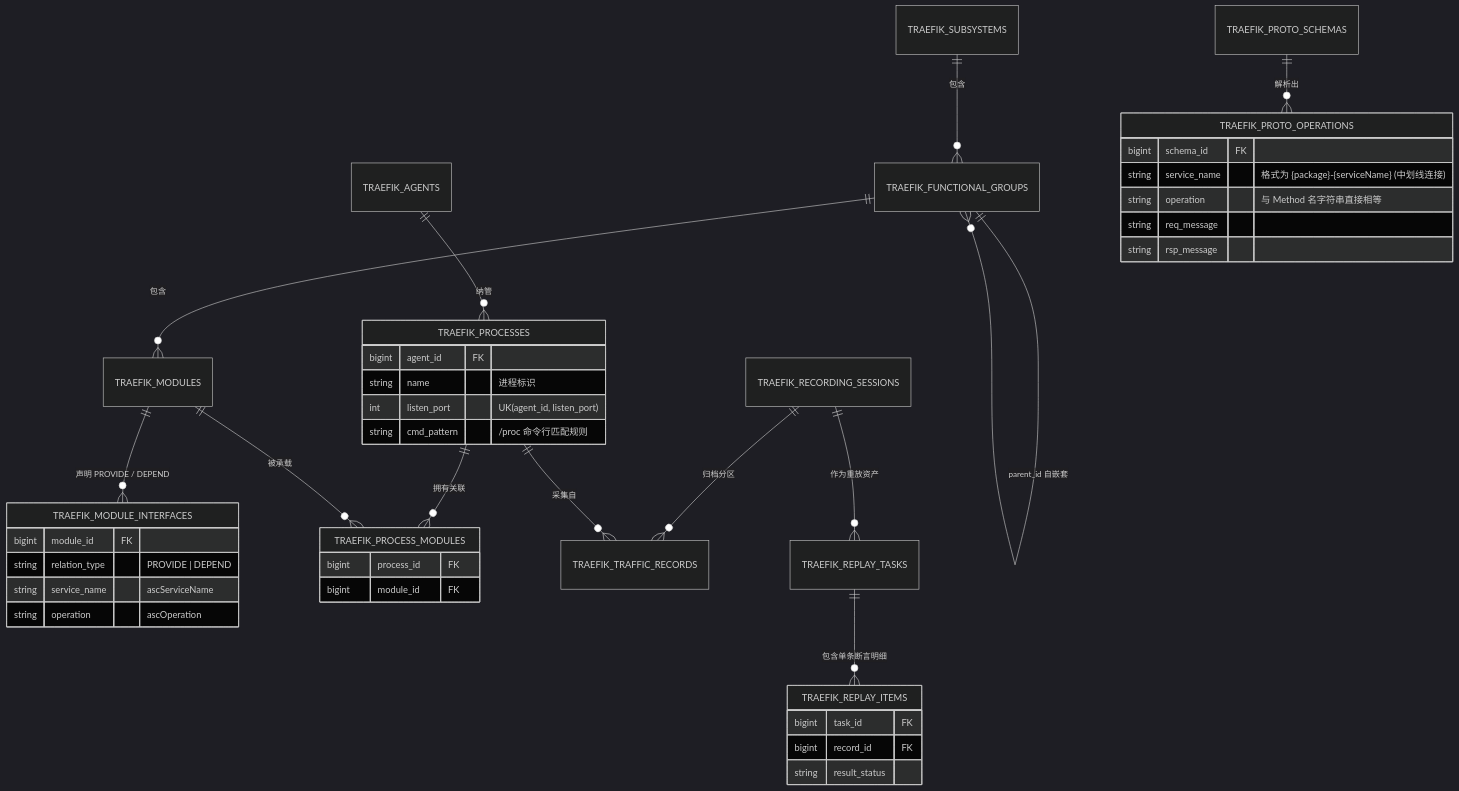
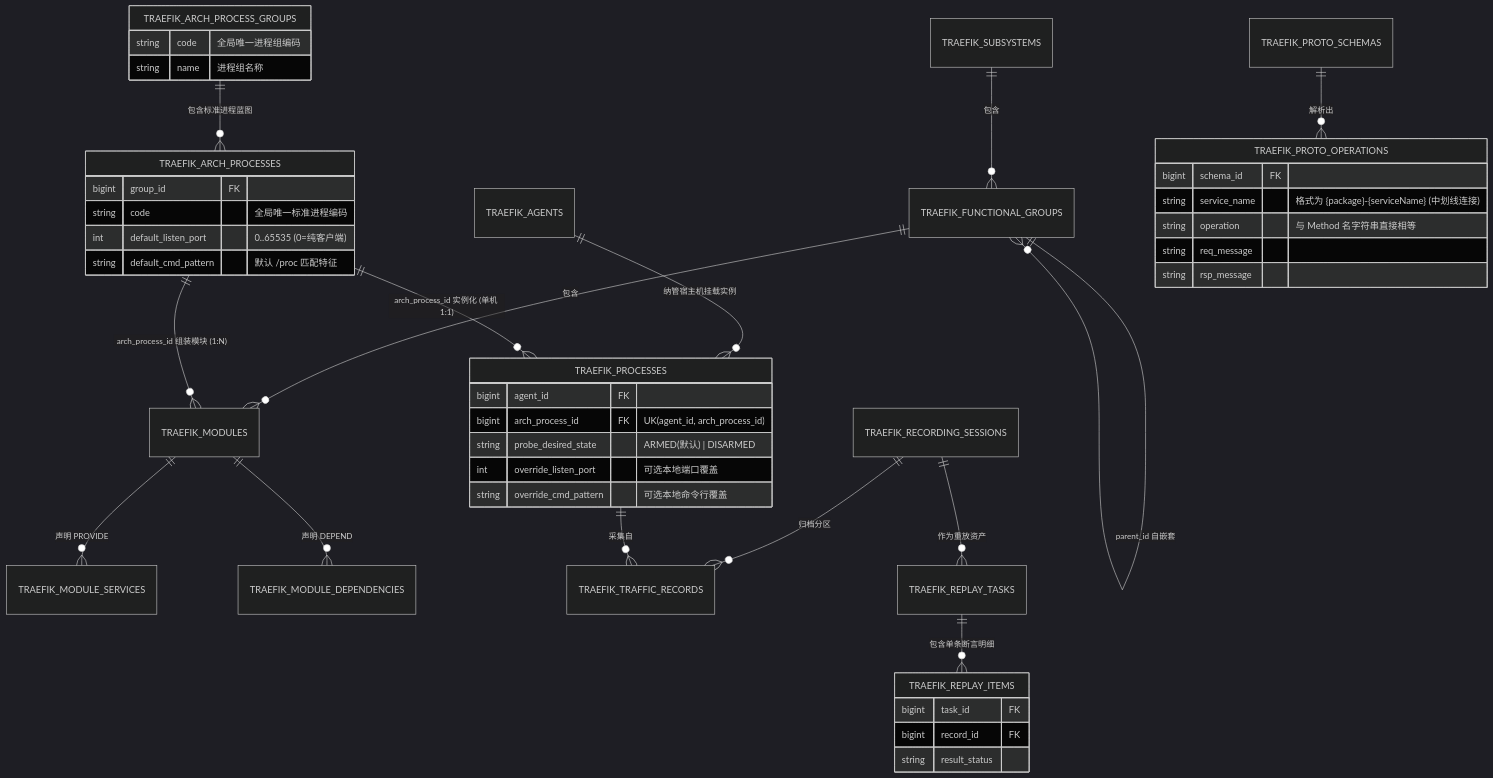
The second of 2 diagrams in docs/01-features/01-feature-matrix.md (fugui/code-traefik), drawn with Mermaid (dark theme) before and after one commit. The commit also changed other lines of this file and 11 other files, not shown here.

Commit message:
docs: 定稿架构物理进程蓝图解耦与eBPF默认自动预挂待命规范并拆解M10作战卡

````diff
--- a/docs/01-features/01-feature-matrix.md
+++ b/docs/01-features/01-feature-matrix.md
@@ -138,44 +139,47 @@
 ```mermaid
 erDiagram
     TRAEFIK_SUBSYSTEMS ||--o{ TRAEFIK_FUNCTIONAL_GROUPS : "包含"
     TRAEFIK_FUNCTIONAL_GROUPS ||--o{ TRAEFIK_FUNCTIONAL_GROUPS : "parent_id 自嵌套"
     TRAEFIK_FUNCTIONAL_GROUPS ||--o{ TRAEFIK_MODULES : "包含"
-    TRAEFIK_MODULES ||--o{ TRAEFIK_MODULE_INTERFACES : "声明 PROVIDE / DEPEND"
-    TRAEFIK_AGENTS ||--o{ TRAEFIK_PROCESSES : "纳管"
-    TRAEFIK_PROCESSES ||--o{ TRAEFIK_PROCESS_MODULES : "拥有关联"
-    TRAEFIK_MODULES ||--o{ TRAEFIK_PROCESS_MODULES : "被承载"
+    TRAEFIK_MODULES ||--o{ TRAEFIK_MODULE_SERVICES : "声明 PROVIDE"
+    TRAEFIK_MODULES ||--o{ TRAEFIK_MODULE_DEPENDENCIES : "声明 DEPEND"
+    TRAEFIK_ARCH_PROCESS_GROUPS ||--o{ TRAEFIK_ARCH_PROCESSES : "包含标准进程蓝图"
+    TRAEFIK_ARCH_PROCESSES ||--o{ TRAEFIK_MODULES : "arch_process_id 组装模块 (1:N)"
+    TRAEFIK_AGENTS ||--o{ TRAEFIK_PROCESSES : "纳管宿主机挂载实例"
+    TRAEFIK_ARCH_PROCESSES ||--o{ TRAEFIK_PROCESSES : "arch_process_id 实例化 (单机 1:1)"
     TRAEFIK_PROTO_SCHEMAS ||--o{ TRAEFIK_PROTO_OPERATIONS : "解析出"
     TRAEFIK_RECORDING_SESSIONS ||--o{ TRAEFIK_TRAFFIC_RECORDS : "归档分区"
     TRAEFIK_PROCESSES ||--o{ TRAEFIK_TRAFFIC_RECORDS : "采集自"
     TRAEFIK_RECORDING_SESSIONS ||--o{ TRAEFIK_REPLAY_TASKS : "作为重放资产"
     TRAEFIK_REPLAY_TASKS ||--o{ TRAEFIK_REPLAY_ITEMS : "包含单条断言明细"
 
-    TRAEFIK_MODULE_INTERFACES {
-        bigint module_id FK
-        string relation_type "PROVIDE | DEPEND"
-        string service_name "ascServiceName"
-        string operation "ascOperation"
+    TRAEFIK_ARCH_PROCESS_GROUPS {
+        string code "全局唯一进程组编码"
+        string name "进程组名称"
+    }
+    TRAEFIK_ARCH_PROCESSES {
+        bigint group_id FK
+        string code "全局唯一标准进程编码"
+        int default_listen_port "0..65535 (0=纯客户端)"
+        string default_cmd_pattern "默认 /proc 匹配特征"
     }
     TRAEFIK_PROCESSES {
         bigint agent_id FK
-        string name "进程标识"
-        int listen_port "UK(agent_id, listen_port)"
-        string cmd_pattern "/proc 命令行匹配规则"
-    }
-    TRAEFIK_PROCESS_MODULES {
-        bigint process_id FK
-        bigint module_id FK
+        bigint arch_process_id FK "UK(agent_id, arch_process_id)"
+        string probe_desired_state "ARMED(默认) | DISARMED"
+        int override_listen_port "可选本地端口覆盖"
+        string override_cmd_pattern "可选本地命令行覆盖"
     }
     TRAEFIK_PROTO_OPERATIONS {
         bigint schema_id FK
         string service_name "格式为 {package}-{serviceName} (中划线连接)"
         string operation "与 Method 名字符串直接相等"
         string req_message
         string rsp_message
     }
     TRAEFIK_REPLAY_ITEMS {
         bigint task_id FK
         bigint record_id FK
         string result_status
     }
 ```
````
